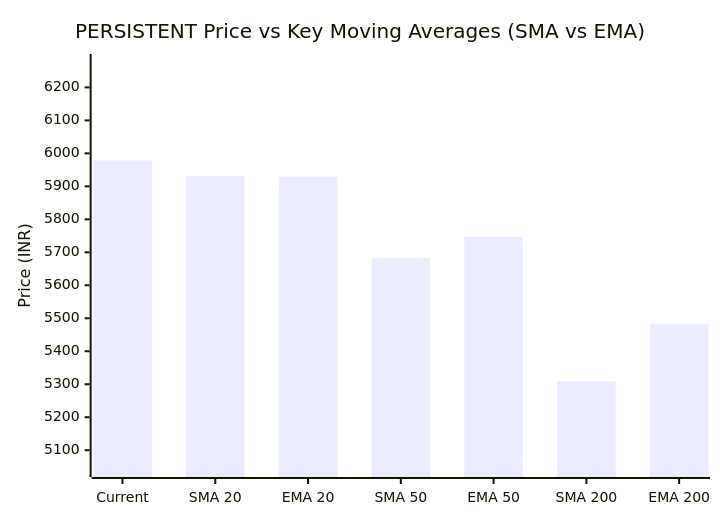
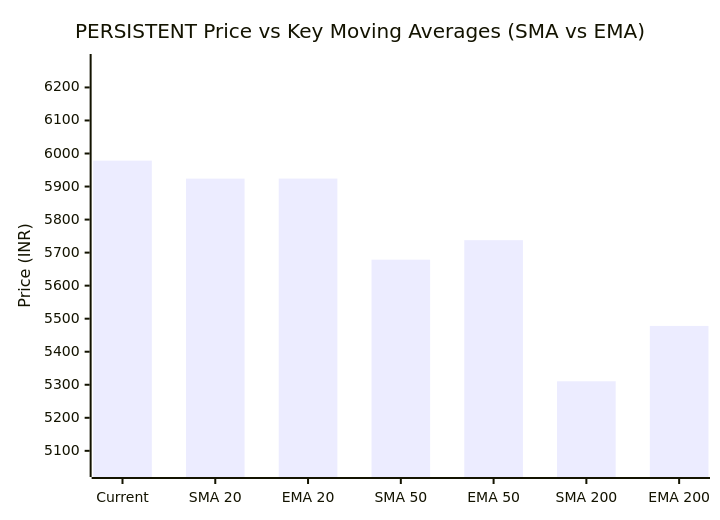
One commit to purnareddy9/dev changed the third of 3 diagrams in market-intelligence/stocks/PERSISTENT/history/2026-11-16.md. Above: the diagram before and after it, drawn with Mermaid. The commit also changed other lines of this file and 3 other files, not shown here.

````diff
--- a/market-intelligence/stocks/PERSISTENT/history/2026-11-16.md
+++ b/market-intelligence/stocks/PERSISTENT/history/2026-11-16.md
@@ -104,7 +104,7 @@
 ```mermaid
 xychart-beta
     title "PERSISTENT Price vs Key Moving Averages (SMA vs EMA)"
     x-axis ["Current", "SMA 20", "EMA 20", "SMA 50", "EMA 50", "SMA 200", "EMA 200"]
-    y-axis "Price (INR)" 5043 --> 6277
-    bar [5978.5, 5930.85, 5929.29, 5682.15, 5747.12, 5309.26, 5483.05]
+    y-axis "Price (INR)" 5045 --> 6277
+    bar [5978.5, 5923.93, 5924.11, 5678.58, 5737.67, 5310.58, 5478.07]
 ```
````
